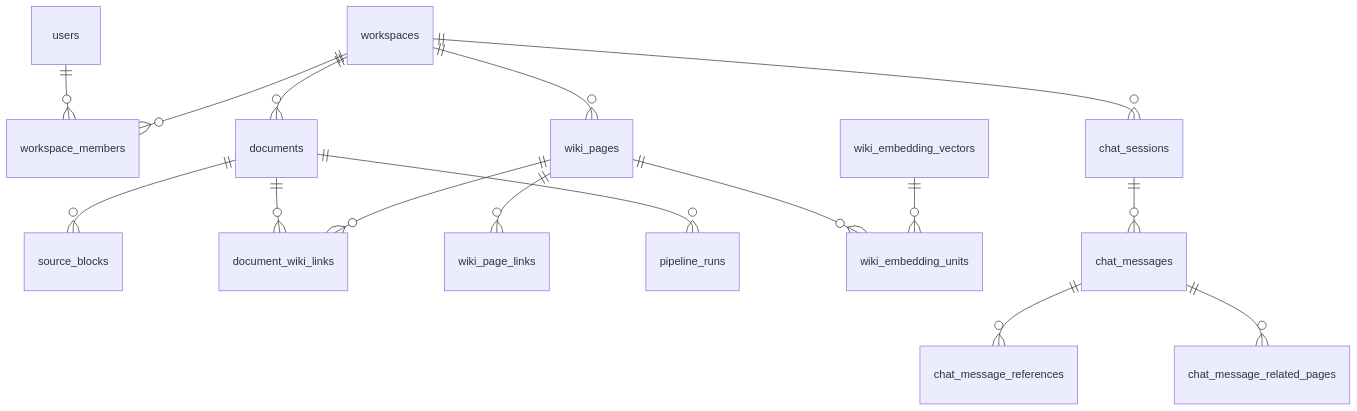
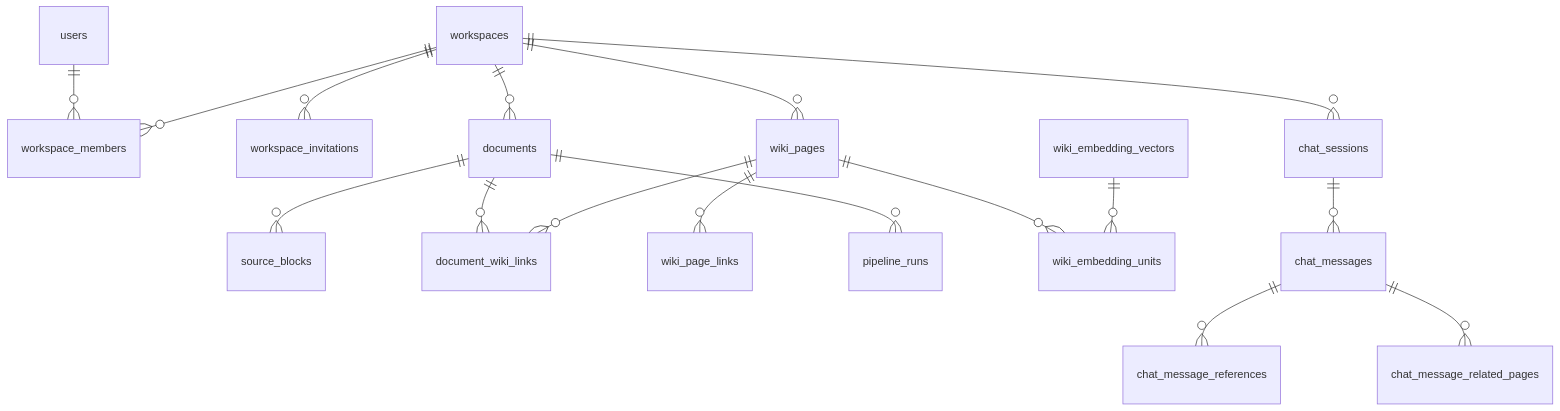
Before and after one commit to FruitionKR/local-pilot: the diagram in docs/data-model.md, drawn with Mermaid. The commit also changed other lines of this file and 34 other files, not shown here.

````diff
--- a/docs/data-model.md
+++ b/docs/data-model.md
@@ -93,18 +94,19 @@
 ```mermaid
 erDiagram
     users ||--o{ workspace_members : ""
     workspaces ||--o{ workspace_members : ""
+    workspaces ||--o{ workspace_invitations : ""
     workspaces ||--o{ documents : ""
     workspaces ||--o{ wiki_pages : ""
     workspaces ||--o{ chat_sessions : ""
     documents ||--o{ source_blocks : ""
     documents ||--o{ document_wiki_links : ""
     wiki_pages ||--o{ document_wiki_links : ""
     wiki_pages ||--o{ wiki_page_links : ""
     documents ||--o{ pipeline_runs : ""
     wiki_pages ||--o{ wiki_embedding_units : ""
     wiki_embedding_vectors ||--o{ wiki_embedding_units : ""
     chat_sessions ||--o{ chat_messages : ""
     chat_messages ||--o{ chat_message_references : ""
     chat_messages ||--o{ chat_message_related_pages : ""
 ```
````
